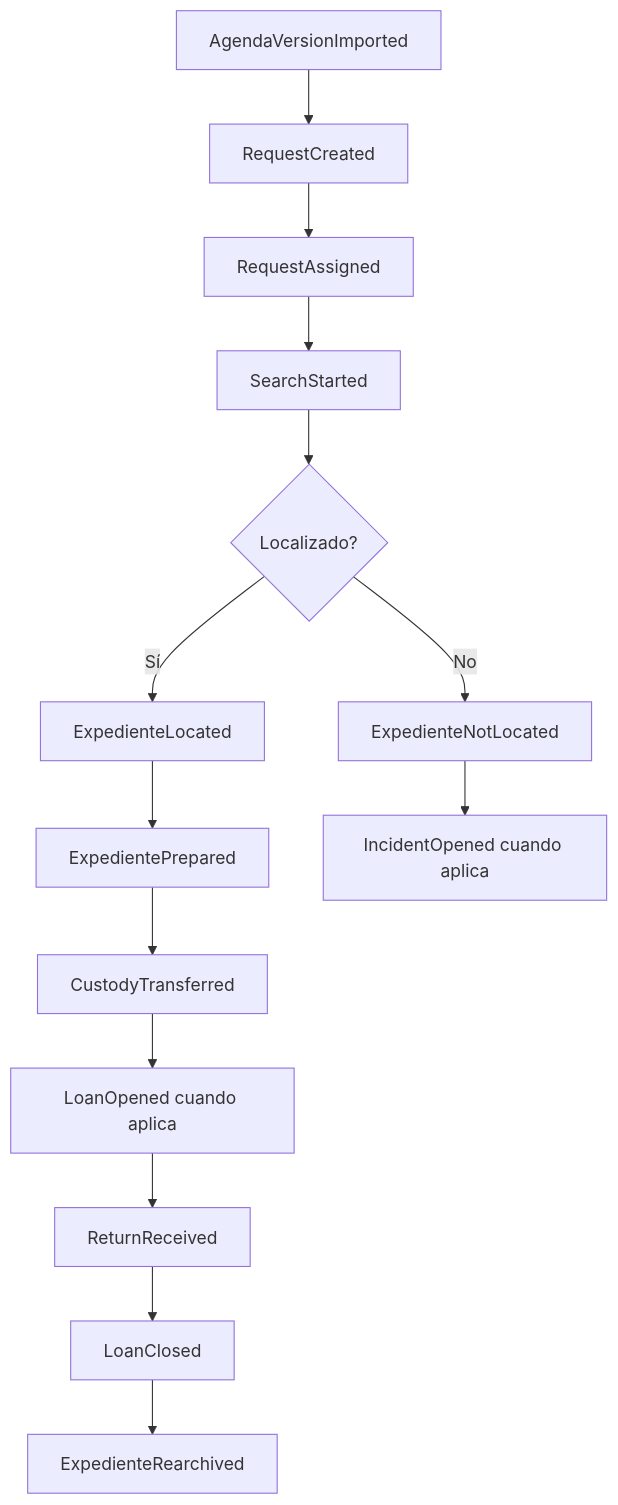
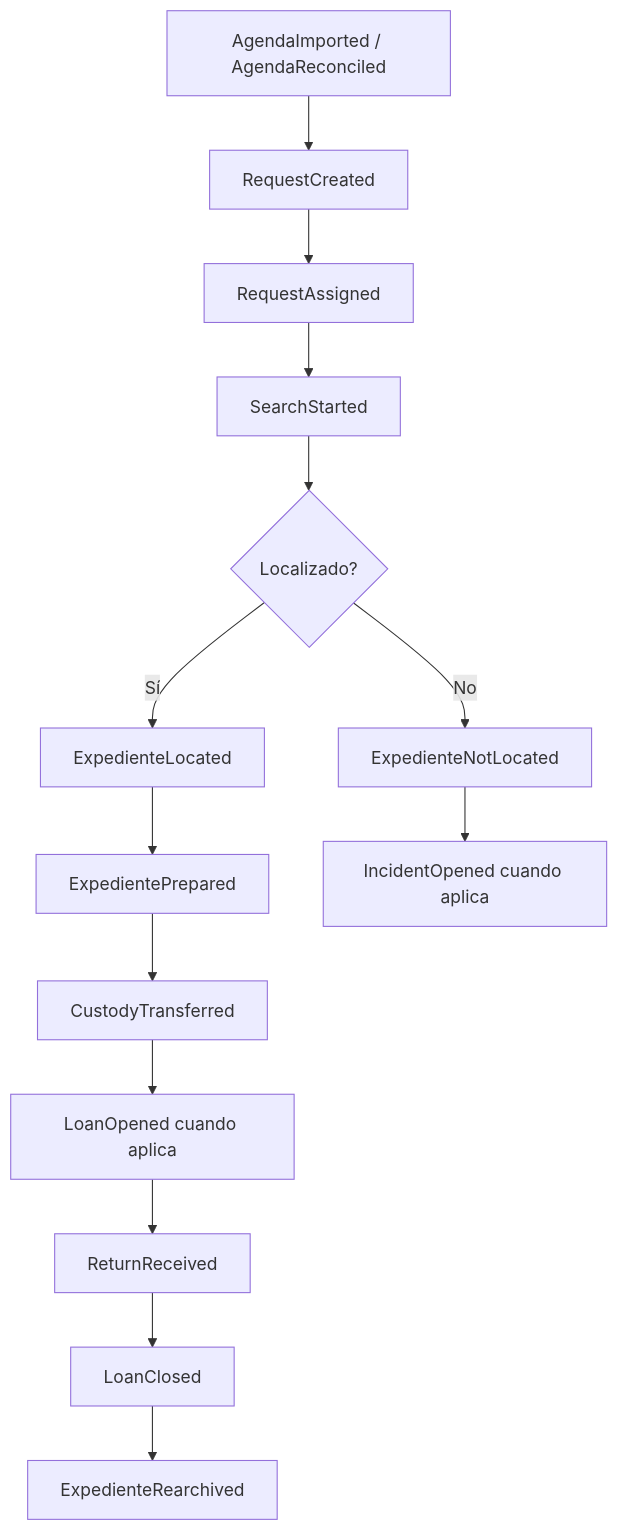
One commit to lexcorp/SIGAC changed the diagram in docs/sdb/Volume-03-Domain-Driven-Design/22-domain-event-flow.md. Above: the diagram before and after it, drawn with Mermaid. The commit also changed 56 other files, not shown here.

````diff
--- a/docs/sdb/Volume-03-Domain-Driven-Design/22-domain-event-flow.md
+++ b/docs/sdb/Volume-03-Domain-Driven-Design/22-domain-event-flow.md
@@ -8,16 +8,16 @@
 ```mermaid
 flowchart TD
- A[AgendaVersionImported] --> B[RequestCreated]
+ A[AgendaImported / AgendaReconciled] --> B[RequestCreated]
  B --> C[RequestAssigned]
  C --> D[SearchStarted]
  D --> E{Localizado?}
  E -->|Sí| F[ExpedienteLocated]
  E -->|No| G[ExpedienteNotLocated]
  F --> H[ExpedientePrepared]
  H --> I[CustodyTransferred]
  I --> J[LoanOpened cuando aplica]
  J --> K[ReturnReceived]
  K --> L[LoanClosed]
  L --> M[ExpedienteRearchived]
  G --> N[IncidentOpened cuando aplica]
 ```
````
